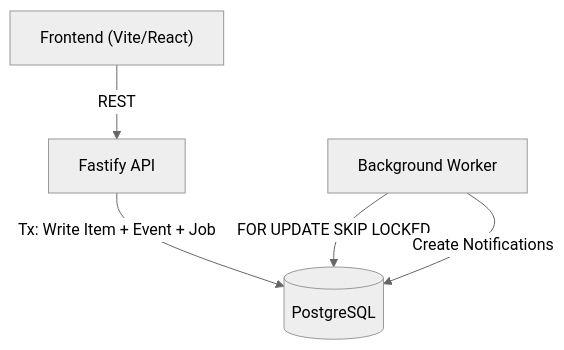
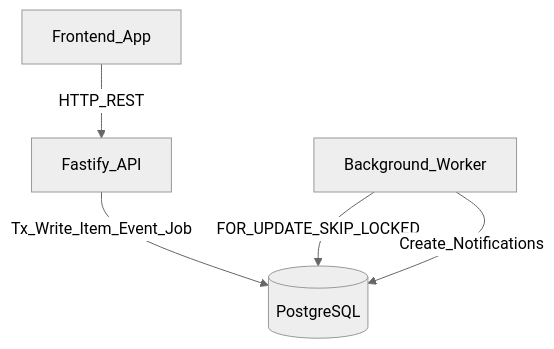
The diagram in README.md (shubham000111222/newtonite_assignment), drawn with Mermaid (neutral theme) before and after one commit. The commit also changed 1 other file, not shown here.

Commit message:
Bulletproof mermaid syntax against legacy parsers

````diff
--- a/README.md
+++ b/README.md
@@ -61,7 +61,7 @@
 ```mermaid
 graph TD
-    UI["Frontend (Vite/React)"] -->|REST| API["Fastify API"]
-    API -->|"Tx: Write Item + Event + Job"| DB[("PostgreSQL")]
-    Worker["Background Worker"] -->|"FOR UPDATE SKIP LOCKED"| DB
-    Worker -->|"Create Notifications"| DB
+    UI[Frontend_App] -->|HTTP_REST| API[Fastify_API]
+    API -->|Tx_Write_Item_Event_Job| DB[(PostgreSQL)]
+    Worker[Background_Worker] -->|FOR_UPDATE_SKIP_LOCKED| DB
+    Worker -->|Create_Notifications| DB
 ```
````
